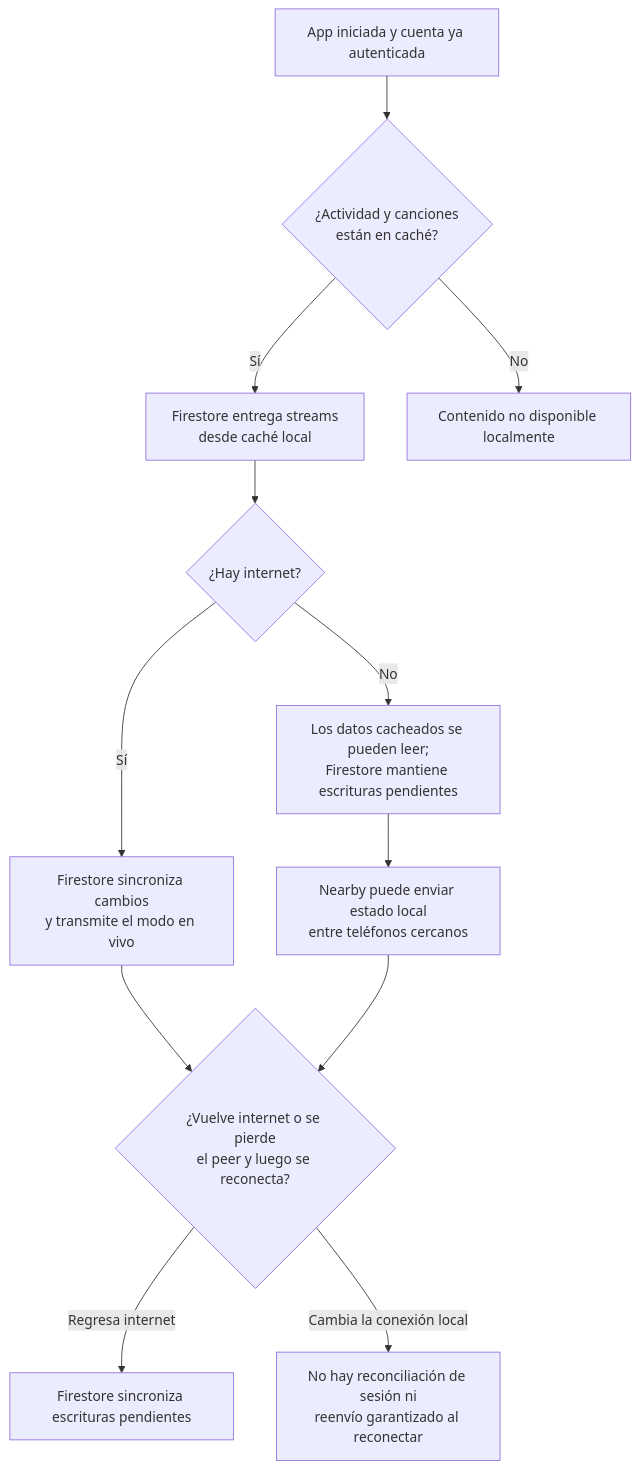
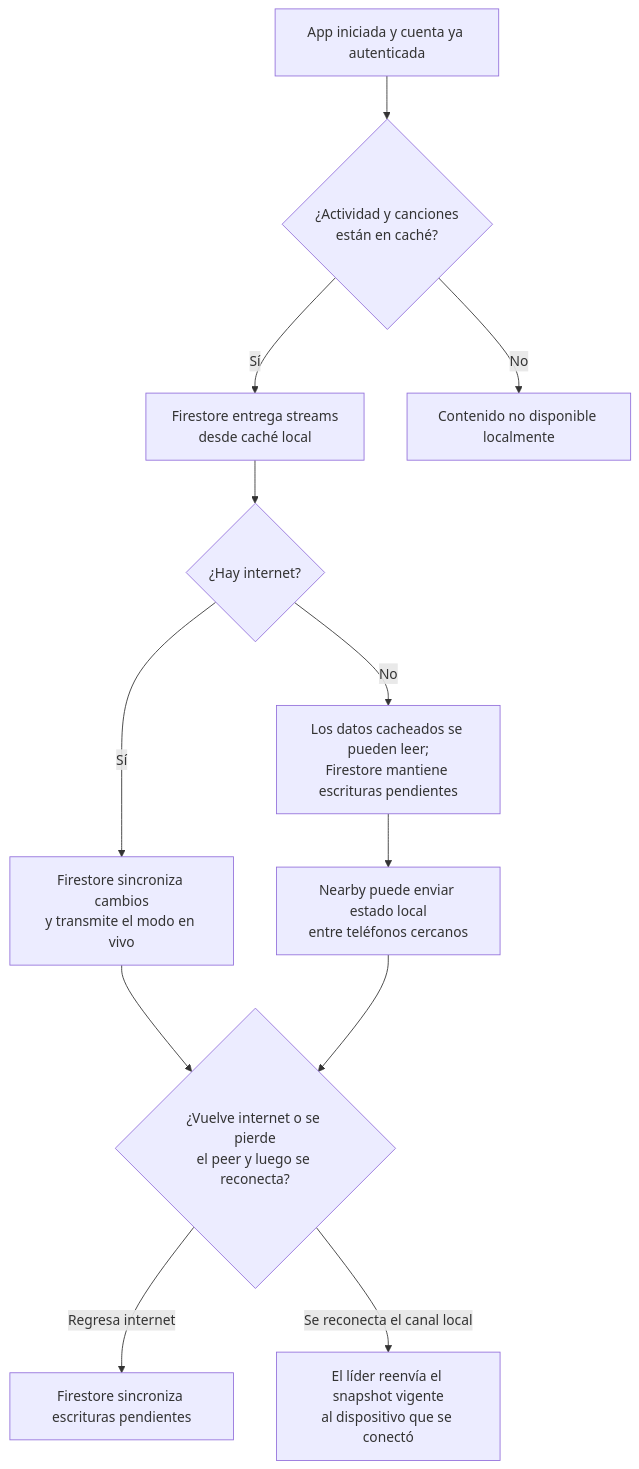
The fifth of 7 diagrams in README.md (Lualvarad0/Unisono), drawn with Mermaid before and after one commit. The commit also changed other lines of this file and 9 other files, not shown here.

````diff
--- a/README.md
+++ b/README.md
@@ -189,25 +191,25 @@
 ```mermaid
 flowchart TD
     Inicio[App iniciada y cuenta ya autenticada]
     Cache{¿Actividad y canciones<br/>están en caché?}
     Datos[Firestore entrega streams<br/>desde caché local]
     Internet{¿Hay internet?}
     Online[Firestore sincroniza cambios<br/>y transmite el modo en vivo]
     Offline[Los datos cacheados se pueden leer;<br/>Firestore mantiene escrituras pendientes]
     Nearby[Nearby puede enviar estado local<br/>entre teléfonos cercanos]
     Vuelve{¿Vuelve internet o se pierde<br/>el peer y luego se reconecta?}
     Sync[Firestore sincroniza escrituras pendientes]
-    Limite[No hay reconciliación de sesión ni<br/>reenvío garantizado al reconectar]
+    Reconecta[El líder reenvía el snapshot vigente<br/>al dispositivo que se conectó]
 
     Inicio --> Cache
     Cache -->|Sí| Datos
     Cache -->|No| SinDatos[Contenido no disponible localmente]
     Datos --> Internet
     Internet -->|Sí| Online
     Internet -->|No| Offline
     Offline --> Nearby
     Online --> Vuelve
     Nearby --> Vuelve
     Vuelve -->|Regresa internet| Sync
-    Vuelve -->|Cambia la conexión local| Limite
+    Vuelve -->|Se reconecta el canal local| Reconecta
 ```
````
